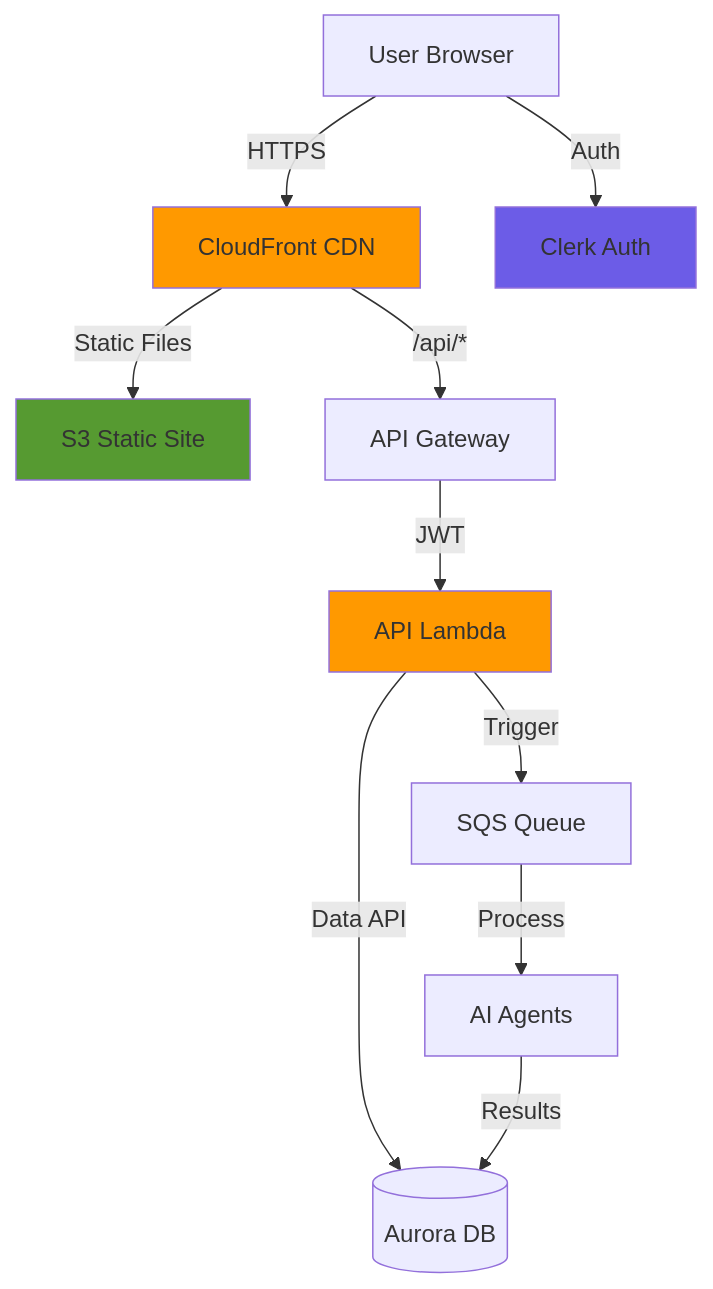
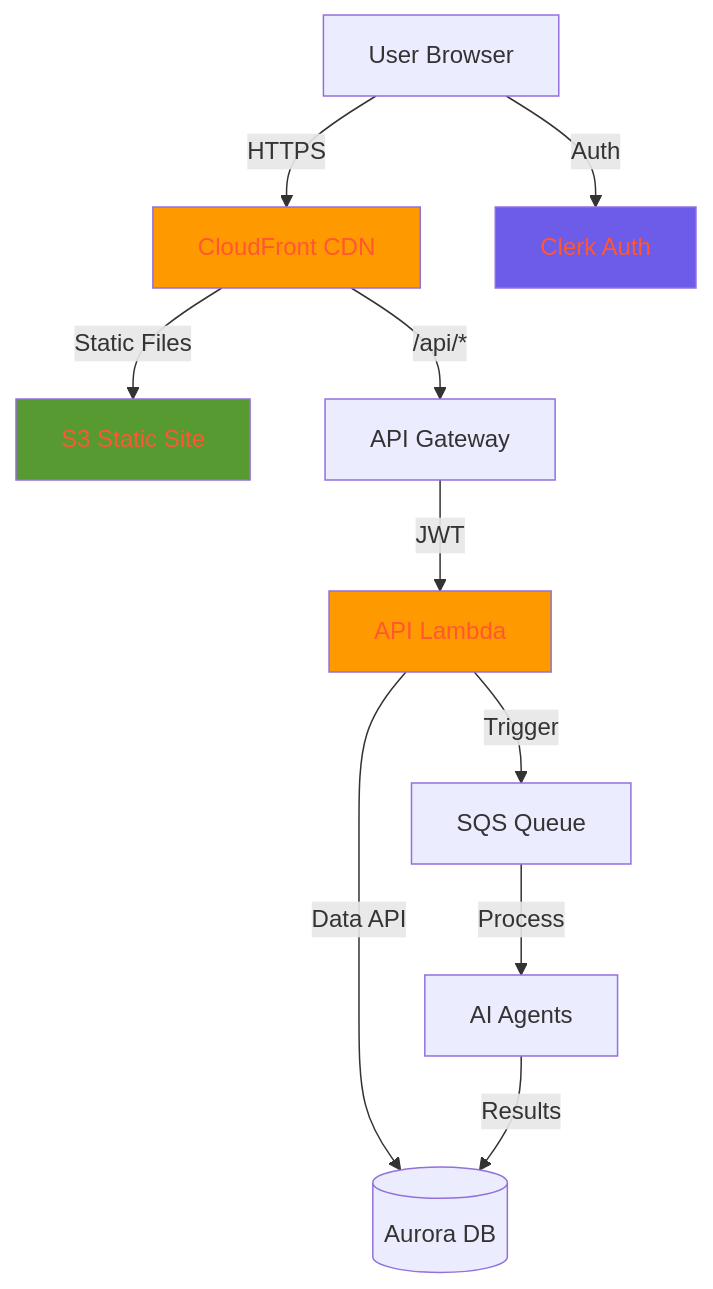
One commit to bholasek2010/python-multiagent_saas_planner changed the diagram in guides/7_frontend.md. Above: the diagram before and after it, drawn with Mermaid. The commit also changed 19 other files, not shown here.

````diff
--- a/guides/7_frontend.md
+++ b/guides/7_frontend.md
@@ -24,20 +24,20 @@
 ```mermaid
 graph TB
     User[User Browser] -->|HTTPS| CF[CloudFront CDN]
     CF -->|Static Files| S3[S3 Static Site]
     CF -->|/api/*| APIG[API Gateway]
 
     User -->|Auth| Clerk[Clerk Auth]
     APIG -->|JWT| Lambda[API Lambda]
 
     Lambda -->|Data API| Aurora[(Aurora DB)]
     Lambda -->|Trigger| SQS[SQS Queue]
 
     SQS -->|Process| Agents[AI Agents]
     Agents -->|Results| Aurora
 
-    style CF fill:#FF9900
-    style S3 fill:#569A31
-    style Lambda fill:#FF9900
-    style Clerk fill:#6C5CE7
+    style CF fill:#FF9900, color:#FF5733
+    style S3 fill:#569A31, color:#FF5733
+    style Lambda fill:#FF9900, color:#FF5733
+    style Clerk fill:#6C5CE7, color:#FF5733
 ```
````
